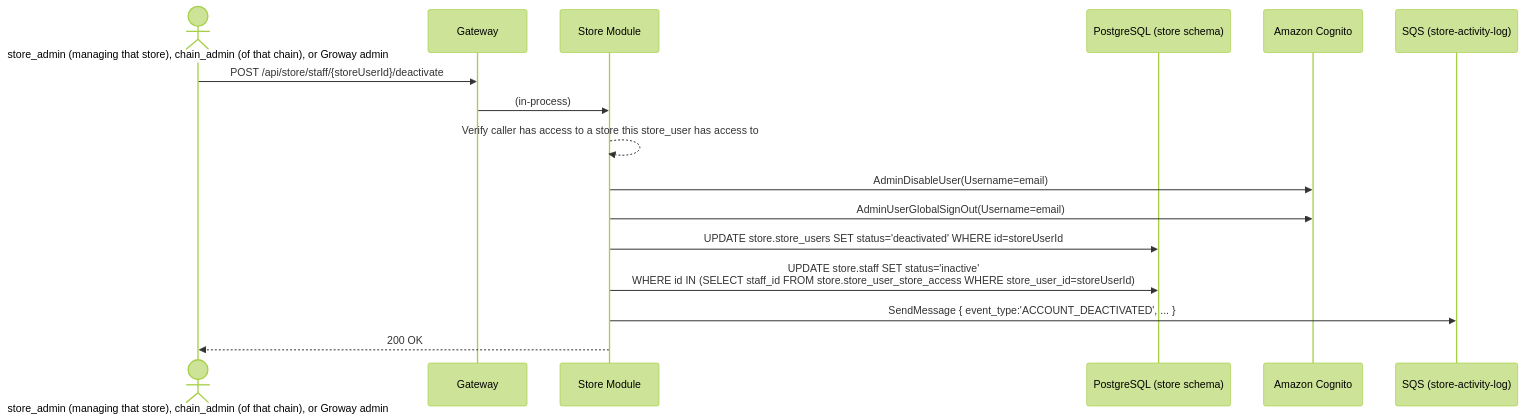
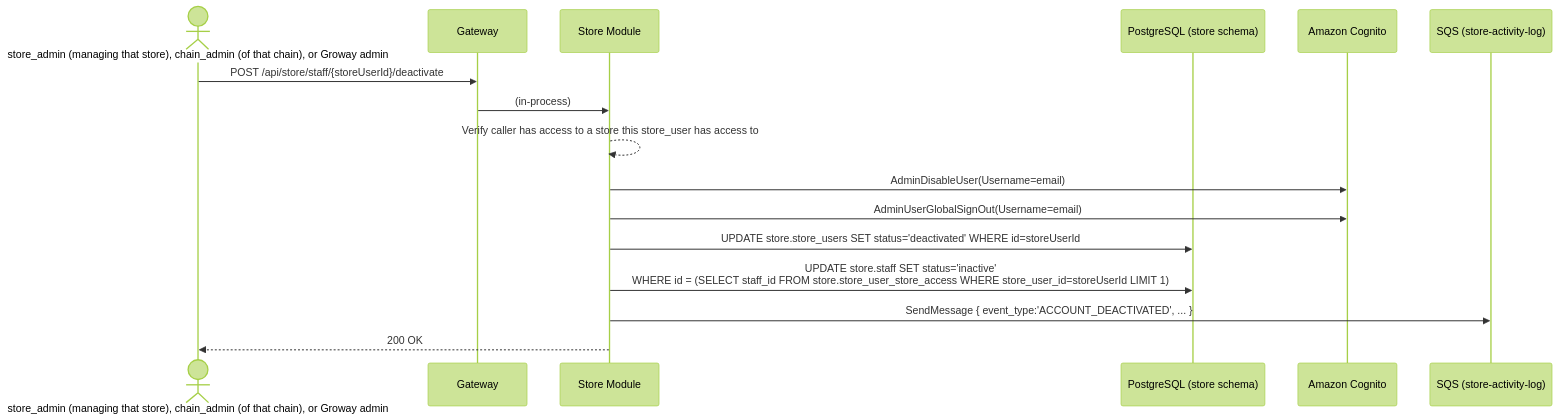
The second of 2 diagrams in usercasestudy/growayshop-staff-invite-workflow.md (szhanggit/appointmentsystemdesign), drawn with Mermaid (forest theme) before and after one commit. The commit also changed other lines of this file and 2 other files, not shown here.

````diff
--- a/usercasestudy/growayshop-staff-invite-workflow.md
+++ b/usercasestudy/growayshop-staff-invite-workflow.md
@@ -98,19 +99,19 @@
 ```mermaid
 sequenceDiagram
     actor A as store_admin (managing that store), chain_admin (of that chain), or Groway admin
     participant GW as Gateway
     participant SM as Store Module
     participant DB as PostgreSQL (store schema)
     participant SCOG as Amazon Cognito
     participant SQSQ as SQS (store-activity-log)
 
     A->>GW: POST /api/store/staff/{storeUserId}/deactivate
     GW->>SM: (in-process)
     SM-->>SM: Verify caller has access to a store this store_user has access to
     SM->>SCOG: AdminDisableUser(Username=email)
     SM->>SCOG: AdminUserGlobalSignOut(Username=email)
     SM->>DB: UPDATE store.store_users SET status='deactivated' WHERE id=storeUserId
-    SM->>DB: UPDATE store.staff SET status='inactive'<br/>WHERE id IN (SELECT staff_id FROM store.store_user_store_access WHERE store_user_id=storeUserId)
+    SM->>DB: UPDATE store.staff SET status='inactive'<br/>WHERE id = (SELECT staff_id FROM store.store_user_store_access WHERE store_user_id=storeUserId LIMIT 1)
     SM->>SQSQ: SendMessage { event_type:'ACCOUNT_DEACTIVATED', ... }
     SM-->>A: 200 OK
 ```
````
